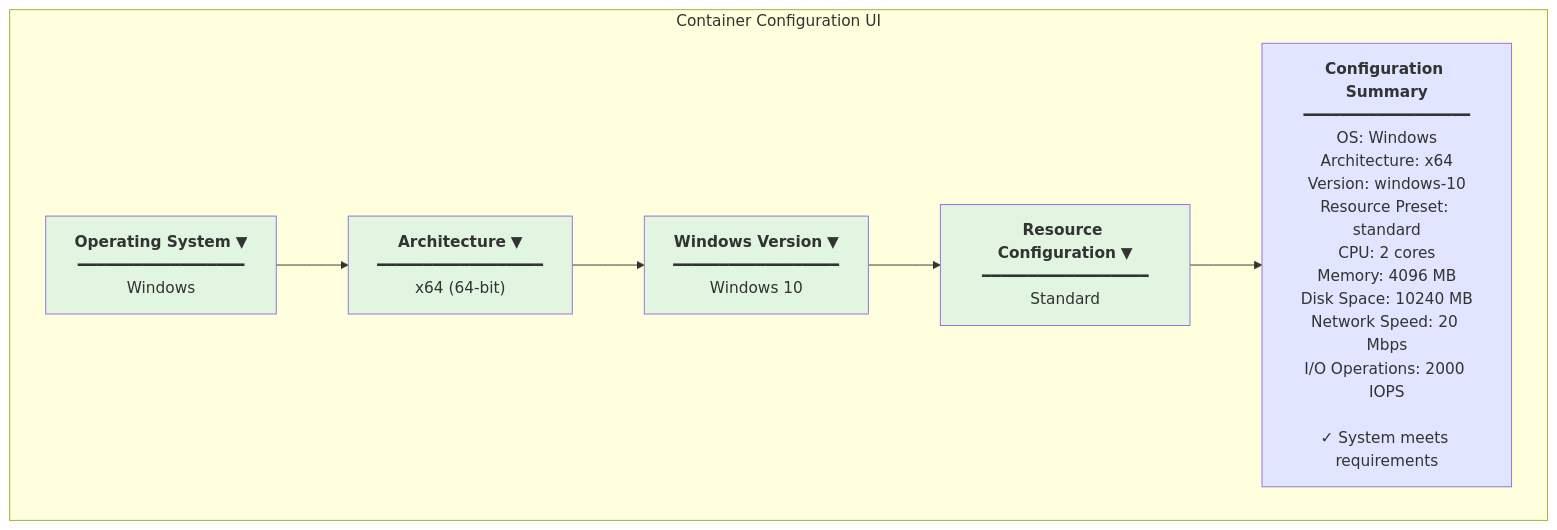
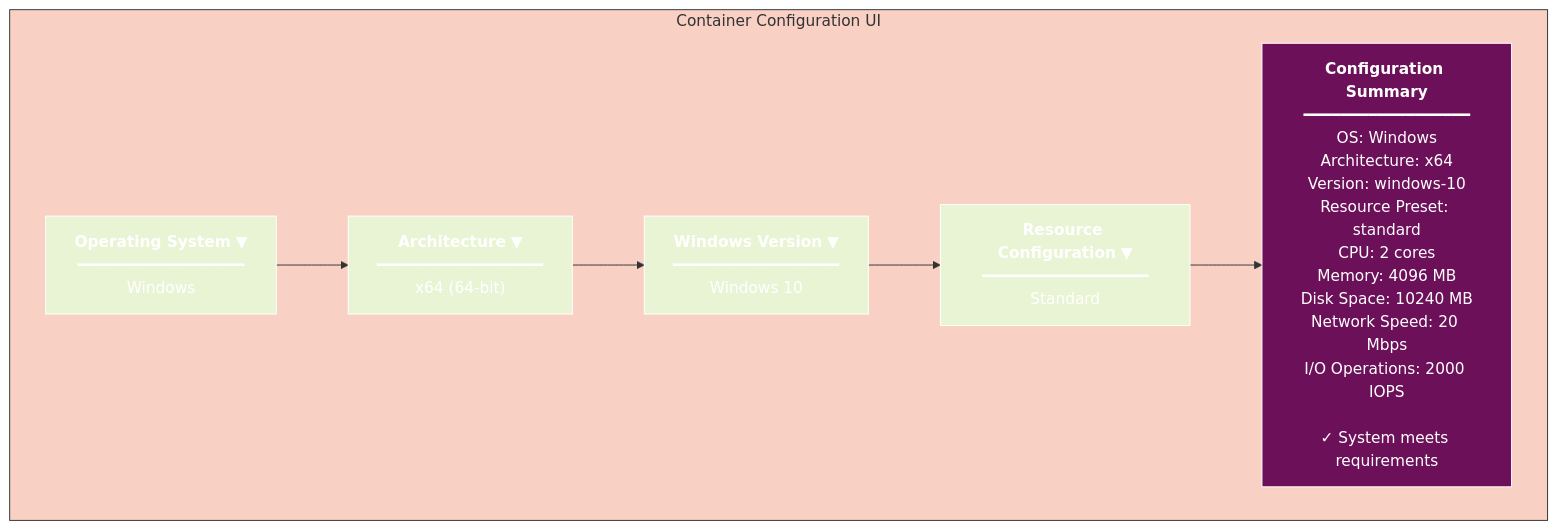
One commit to radicalkjax/Athena changed the seventh of 10 diagrams in docs/components/CONTAINER_CONFIG_SELECTOR.md. Above: the diagram before and after it, drawn with Mermaid. The commit also changed other lines of this file and 27 other files, not shown here.

Commit message:
Introduction of expo package manager. Updated docs to reflect changes. Unified mermaid theme for docs.

````diff
--- a/docs/components/CONTAINER_CONFIG_SELECTOR.md
+++ b/docs/components/CONTAINER_CONFIG_SELECTOR.md
@@ -398,25 +524,46 @@
 ```mermaid
+%%{init: {
+  'theme': 'base',
+  'themeVariables': {
+    'primaryColor': '#6d105a',
+    'primaryTextColor': '#ffffff',
+    'primaryBorderColor': '#ffffff',
+    'lineColor': '#333333',
+    'secondaryColor': '#e8f4d4',
+    'secondaryTextColor': '#333333',
+    'secondaryBorderColor': '#333333',
+    'tertiaryColor': '#f9d0c4',
+    'tertiaryTextColor': '#333333',
+    'tertiaryBorderColor': '#333333',
+    'background': '#ffffff',
+    'mainBkg': '#6d105a',
+    'secondBkg': '#e8f4d4',
+    'tertiaryBkg': '#f9d0c4',
+    'textColor': '#333333',
+    'fontFamily': 'Arial, sans-serif'
+  }
+}}%%
 graph TB
     subgraph "Container Configuration UI"
         OS["<b>Operating System</b> ▼<br/>━━━━━━━━━━━━━━━━━━<br/>Windows"]
         
         ARCH["<b>Architecture</b> ▼<br/>━━━━━━━━━━━━━━━━━━<br/>x64 (64-bit)"]
         
         VER["<b>Windows Version</b> ▼<br/>━━━━━━━━━━━━━━━━━━<br/>Windows 10"]
         
         RES["<b>Resource Configuration</b> ▼<br/>━━━━━━━━━━━━━━━━━━<br/>Standard"]
         
         SUMMARY["<b>Configuration Summary</b><br/>━━━━━━━━━━━━━━━━━━<br/>OS: Windows<br/>Architecture: x64<br/>Version: windows-10<br/>Resource Preset: standard<br/>CPU: 2 cores<br/>Memory: 4096 MB<br/>Disk Space: 10240 MB<br/>Network Speed: 20 Mbps<br/>I/O Operations: 2000 IOPS<br/><br/>✓ System meets requirements"]
     end
     
     OS --> ARCH
     ARCH --> VER
     VER --> RES
     RES --> SUMMARY
     
-    style OS fill:#e1f5e1
-    style ARCH fill:#e1f5e1
-    style VER fill:#e1f5e1
-    style RES fill:#e1f5e1
-    style SUMMARY fill:#e1e5ff
+    style OS fill:#e8f4d4
+    style ARCH fill:#e8f4d4
+    style VER fill:#e8f4d4
+    style RES fill:#e8f4d4
+    style SUMMARY fill:#6d105a
 ```
````
